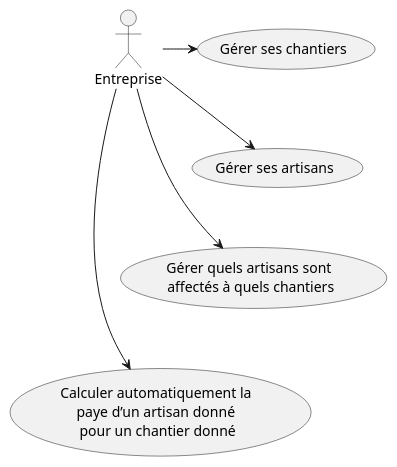
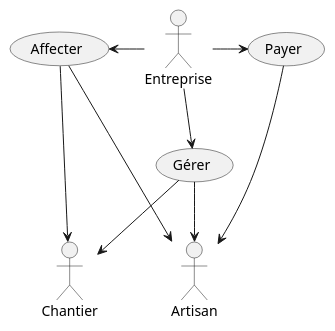
One commit to IUT-Blagnac/r2-01-conception-td5-NolanJacquemont changed the diagram in uc.plantuml. Above: the diagram before and after it, drawn with PlantUML.

```diff
--- a/uc.plantuml
+++ b/uc.plantuml
@@ -1,21 +1,23 @@
 @startuml UC
 
-usecase c as "Gérer ses chantiers"
-usecase a as "Gérer ses artisans"
-usecase ac as "Gérer quels artisans sont \naffectés à quels chantiers"
-usecase p as "Calculer automatiquement la \npaye d’un artisan donné \npour un chantier donné"
+usecase g as "Gérer"
+usecase p as "Payer"
+usecase a as "Affecter"
 
-actor Entreprise 
+actor Entreprise
+actor Artisan
+actor Chantier
 
 'Pour aligner les 2 acteurs :
-c -[hidden]-> a
-a -[hidden]-> ac
-ac -[hidden]-> p
+p -[hidden]-> g
 
-Entreprise -> c
-Entreprise -> a
-Entreprise -> ac
+Entreprise -> g
 Entreprise -> p
-
+a <- Entreprise
+g --> Artisan
+g --> Chantier
+p -> Artisan
+a -> Artisan
+a -> Chantier
 
 @enduml
```
